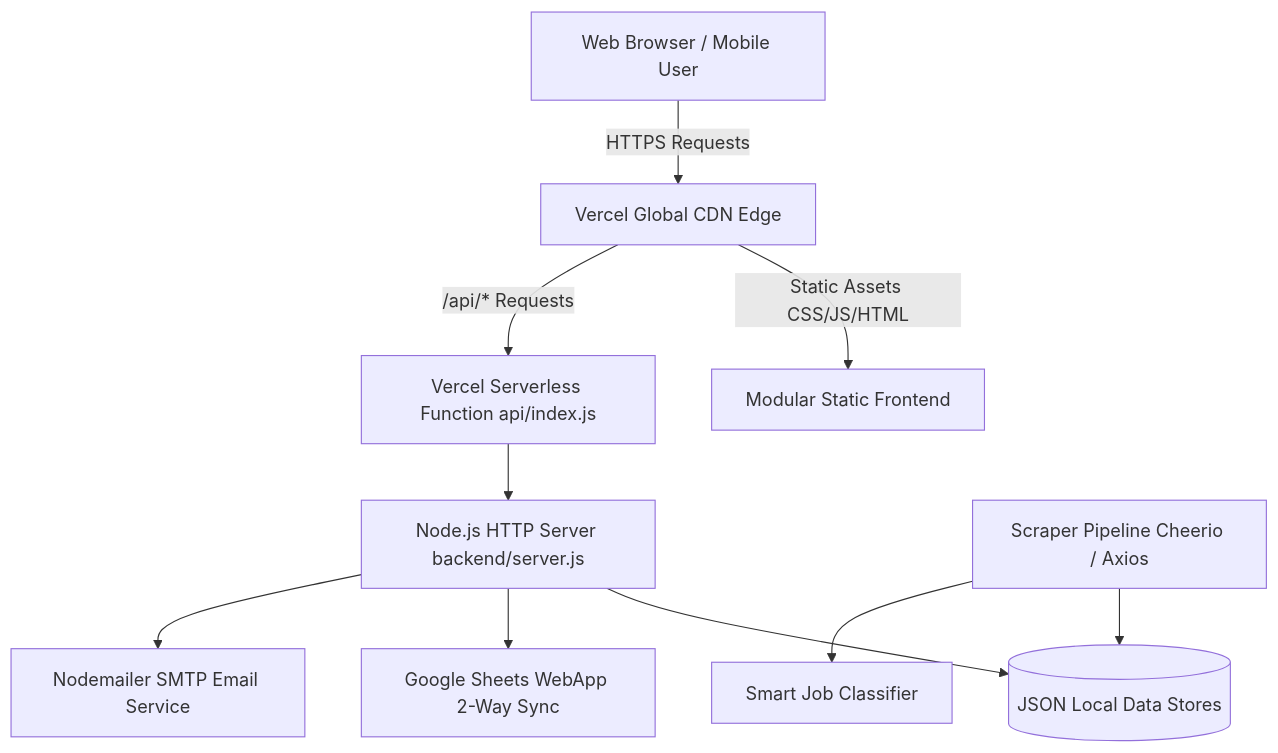
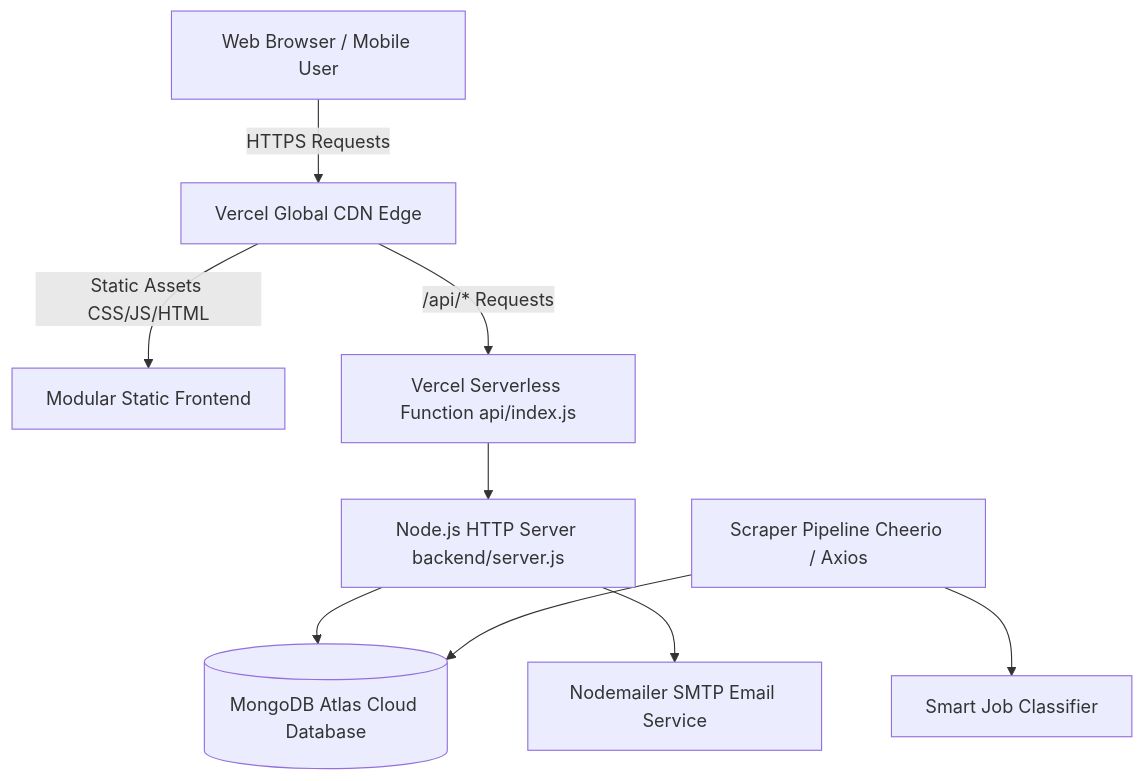
One commit to Inscrutable21/Sarkari_Result changed the diagram in README.md. Above: the diagram before and after it, drawn with Mermaid. The commit also changed other lines of this file, not shown here.

````diff
--- a/README.md
+++ b/README.md
@@ -74,12 +75,11 @@
 ```mermaid
 graph TD
     Client[Web Browser / Mobile User] -->|HTTPS Requests| VercelEdge[Vercel Global CDN Edge]
     VercelEdge -->|Static Assets CSS/JS/HTML| Frontend[Modular Static Frontend]
     VercelEdge -->|/api/* Requests| Serverless[Vercel Serverless Function api/index.js]
     Serverless --> Backend[Node.js HTTP Server backend/server.js]
-    Backend --> DataStore[(JSON Local Data Stores)]
-    Backend --> GoogleSheets[Google Sheets WebApp 2-Way Sync]
+    Backend --> MongoDB[(MongoDB Atlas Cloud Database)]
     Backend --> SMTP[Nodemailer SMTP Email Service]
-    Scraper[Scraper Pipeline Cheerio / Axios] --> DataStore
+    Scraper[Scraper Pipeline Cheerio / Axios] --> MongoDB
     Scraper --> Classifier[Smart Job Classifier]
 ```
````
